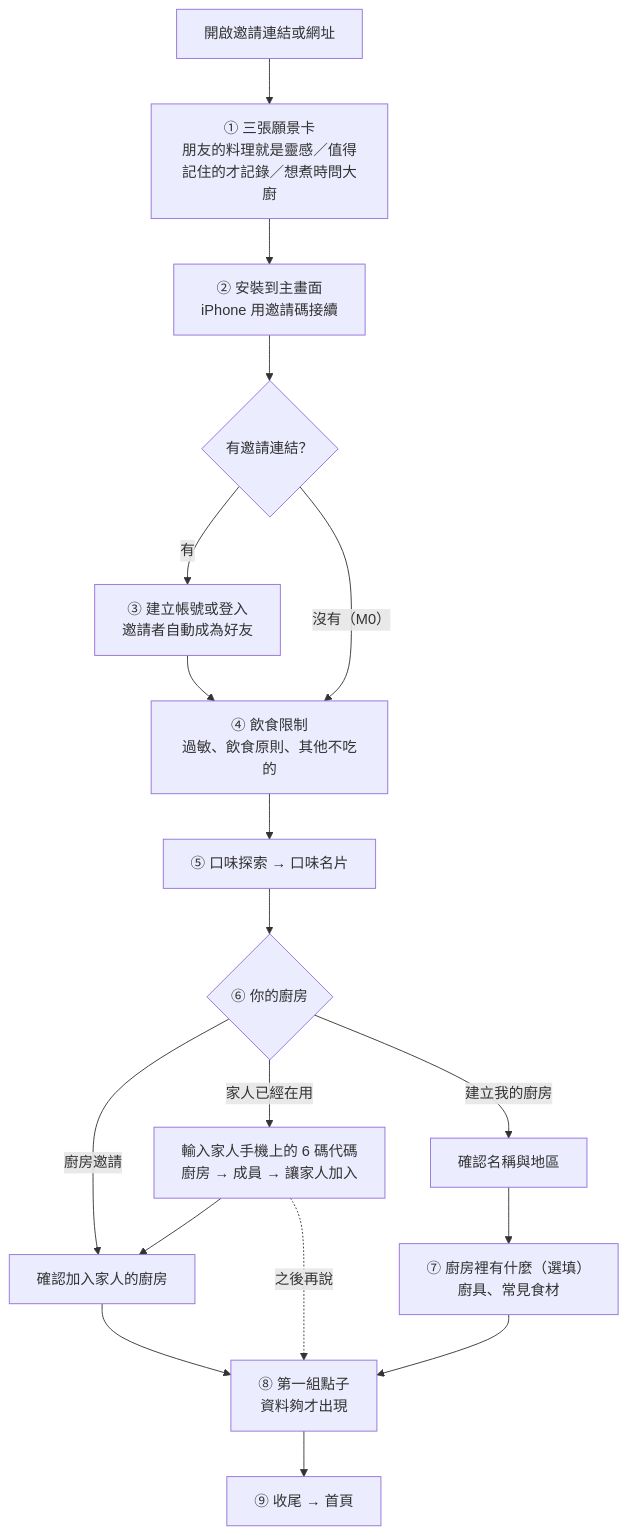
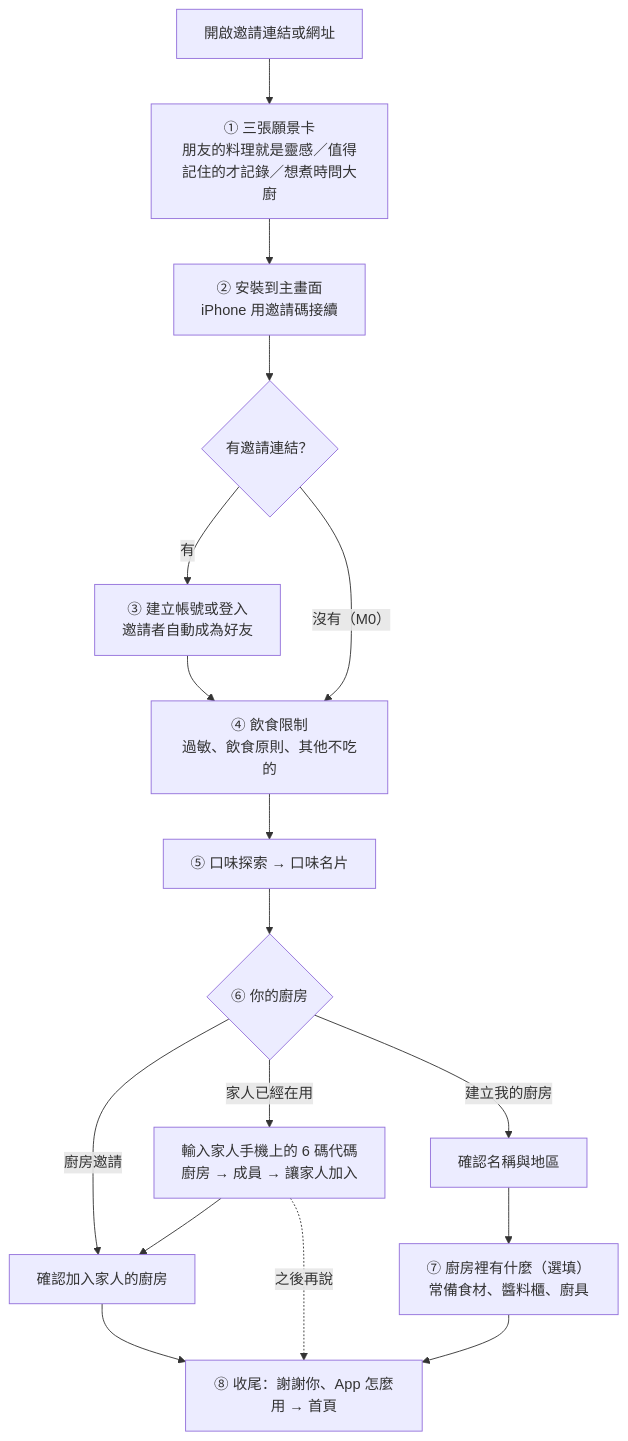
One commit to LeeBoYin/cooking-recipe-app changed the first of 8 diagrams in docs/09-user-flows.md. Above: the diagram before and after it, drawn with Mermaid. The commit also changed 11 other files, not shown here.

````diff
--- a/docs/09-user-flows.md
+++ b/docs/09-user-flows.md
@@ -27,20 +27,19 @@
 ```mermaid
 flowchart TD
   S0[開啟邀請連結或網址] --> S1[① 三張願景卡<br/>朋友的料理就是靈感／值得記住的才記錄／想煮時問大廚]
   S1 --> SI[② 安裝到主畫面<br/>iPhone 用邀請碼接續]
   SI --> S2{有邀請連結？}
   S2 -- 有 --> S3[③ 建立帳號或登入<br/>邀請者自動成為好友]
   S2 -- 沒有（M0） --> SL
   S3 --> SL[④ 飲食限制<br/>過敏、飲食原則、其他不吃的]
   SL --> S4[⑤ 口味探索 → 口味名片]
   S4 --> S5{⑥ 你的廚房}
   S5 -- 廚房邀請 --> S5B[確認加入家人的廚房]
   S5 -- 家人已經在用 --> S5C[輸入家人手機上的 6 碼代碼<br/>廚房 → 成員 → 讓家人加入]
   S5C --> S5B
   S5C -.之後再說.-> S7
   S5 -- 建立我的廚房 --> S5A[確認名稱與地區]
-  S5A --> S6[⑦ 廚房裡有什麼（選填）<br/>廚具、常見食材]
+  S5A --> S6[⑦ 廚房裡有什麼（選填）<br/>常備食材、醬料櫃、廚具]
   S5B --> S7
-  S6 --> S7[⑧ 第一組點子<br/>資料夠才出現]
-  S7 --> S8[⑨ 收尾 → 首頁]
+  S6 --> S7[⑧ 收尾：謝謝你、App 怎麼用 → 首頁]
 ```
````
